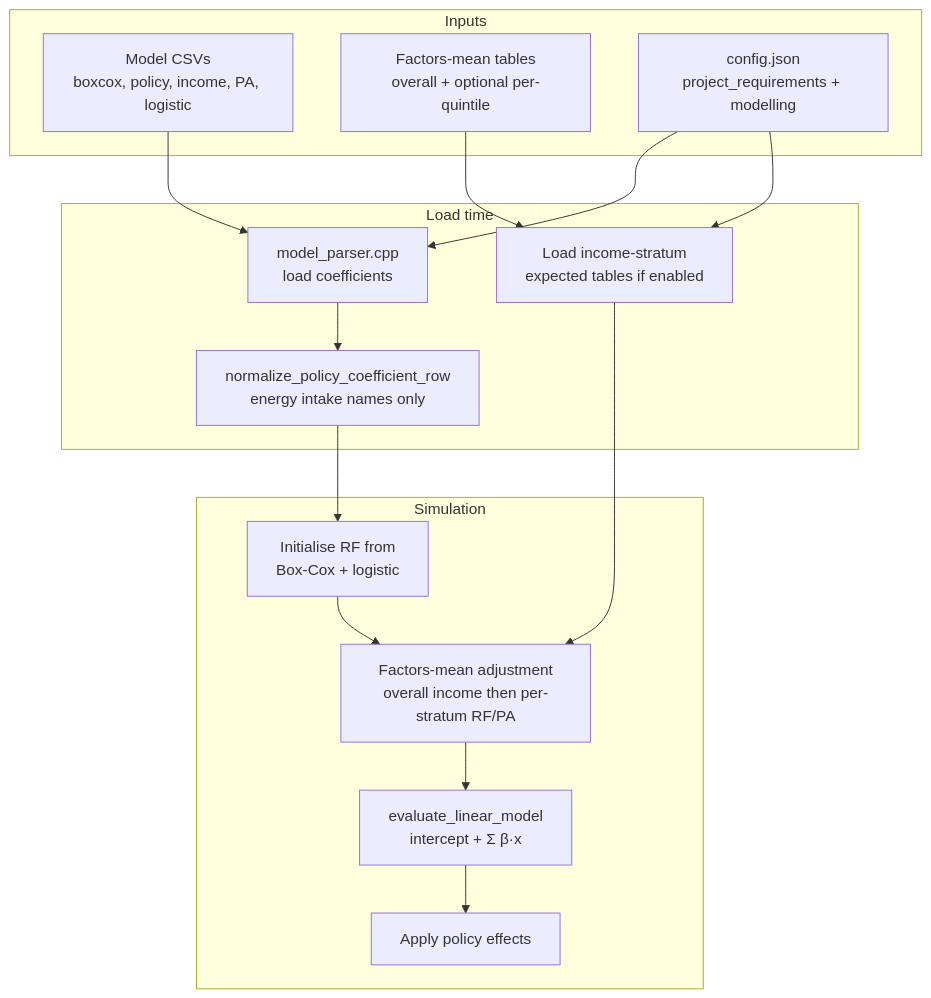
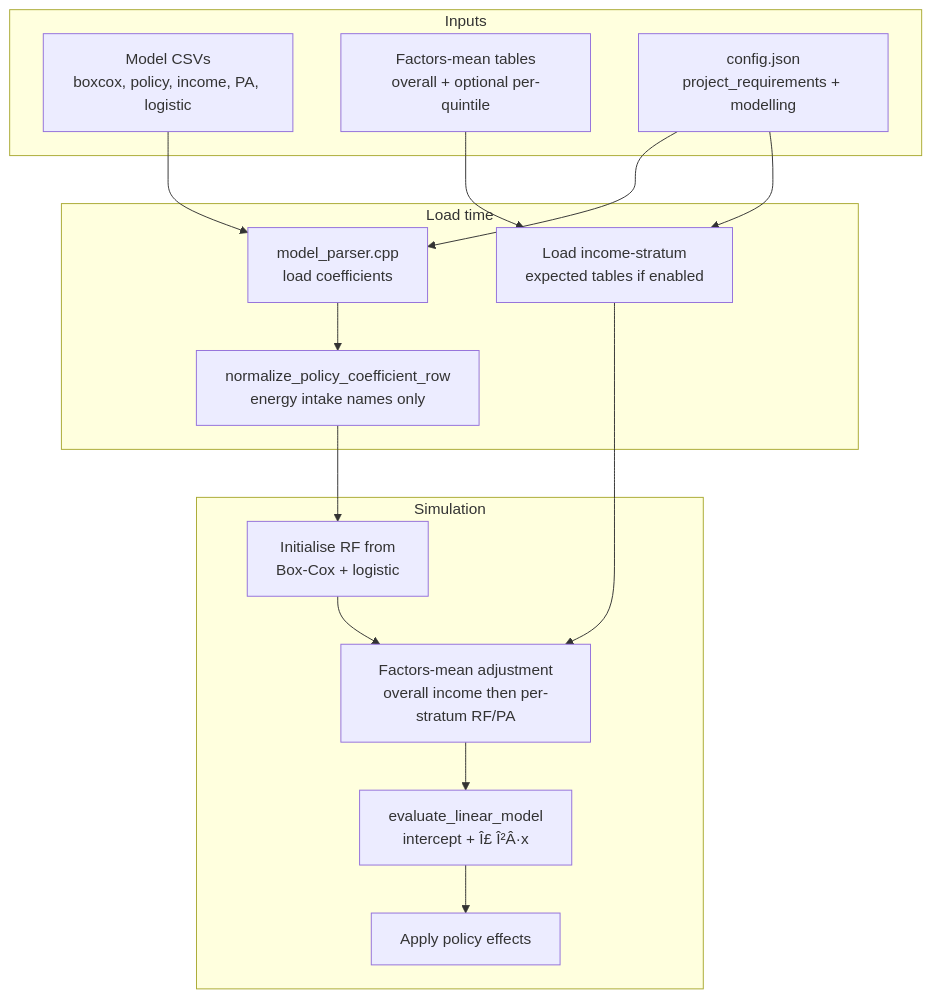
Before and after one commit to imperialCHEPI/healthgps: the first of 4 diagrams in documentation/technical/guides/finch-linear-models-and-income-adjustment.md, drawn with Mermaid. The commit also changed other lines of this file and 34 other files, not shown here.

````diff
--- a/documentation/technical/guides/finch-linear-models-and-income-adjustment.md
+++ b/documentation/technical/guides/finch-linear-models-and-income-adjustment.md
@@ -51,32 +56,32 @@
 ```mermaid
 flowchart TB
     subgraph inputs [Inputs]
         CSV[Model CSVs<br/>boxcox, policy, income, PA, logistic]
         FM[Factors-mean tables<br/>overall + optional per-quintile]
         CFG[config.json<br/>project_requirements + modelling]
     end
 
     subgraph load [Load time]
         PARSER[model_parser.cpp<br/>load coefficients]
         NORM[normalize_policy_coefficient_row<br/>energy intake names only]
         STRATUM[Load income-stratum<br/>expected tables if enabled]
     end
 
     subgraph sim [Simulation]
         INIT[Initialise RF from<br/>Box-Cox + logistic]
         ADJ[Factors-mean adjustment<br/>overall income then per-stratum RF/PA]
-        EVAL[evaluate_linear_model<br/>intercept + Σ β·x]
+        EVAL[evaluate_linear_model<br/>intercept + Î£ Î²Â·x]
         POL[Apply policy effects]
     end
 
     CSV --> PARSER
     CFG --> PARSER
     CFG --> STRATUM
     FM --> STRATUM
     PARSER --> NORM
     NORM --> INIT
     STRATUM --> ADJ
     INIT --> ADJ
     ADJ --> EVAL
     EVAL --> POL
 ```
````
